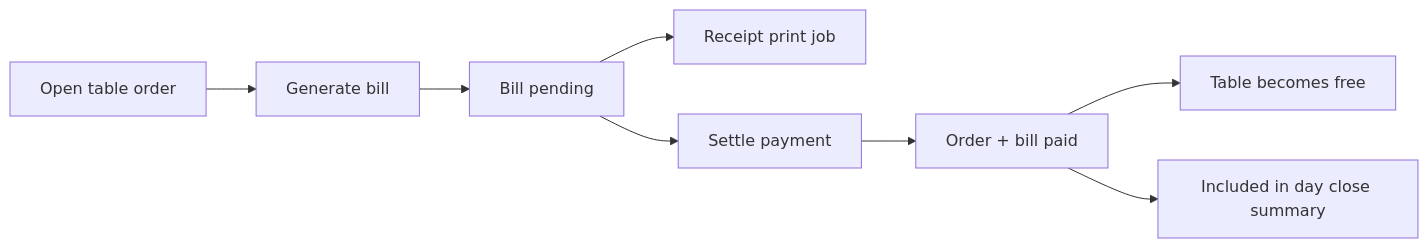
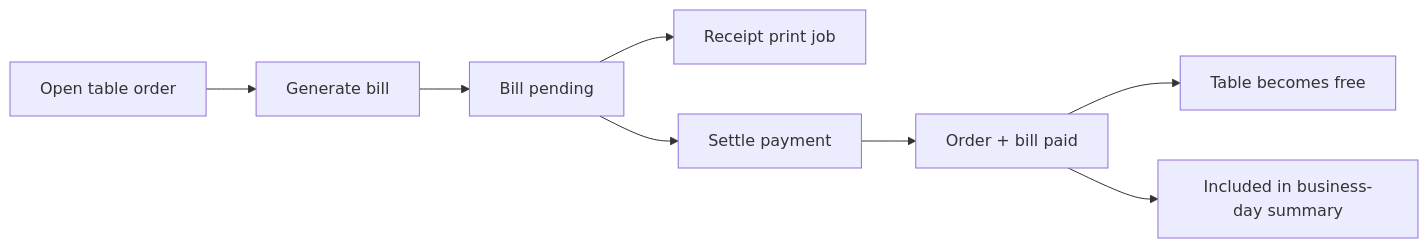
The third of 3 diagrams in docs/architecture-junior-guide.md (shubham909090/Open-POS), drawn with Mermaid before and after one commit. The commit also changed other lines of this file and 37 other files, not shown here.

Commit message:
Refactor Convex agent workflows and update UI flows

````diff
--- a/docs/architecture-junior-guide.md
+++ b/docs/architecture-junior-guide.md
@@ -267,10 +267,10 @@
 ```mermaid
 flowchart LR
   openOrder["Open table order"] --> generateBill["Generate bill"]
   generateBill --> billPending["Bill pending"]
   billPending --> printReceipt["Receipt print job"]
   billPending --> settle["Settle payment"]
   settle --> paid["Order + bill paid"]
   paid --> freeTable["Table becomes free"]
-  paid --> closeSummary["Included in day close summary"]
+  paid --> closeSummary["Included in business-day summary"]
 ```
````
